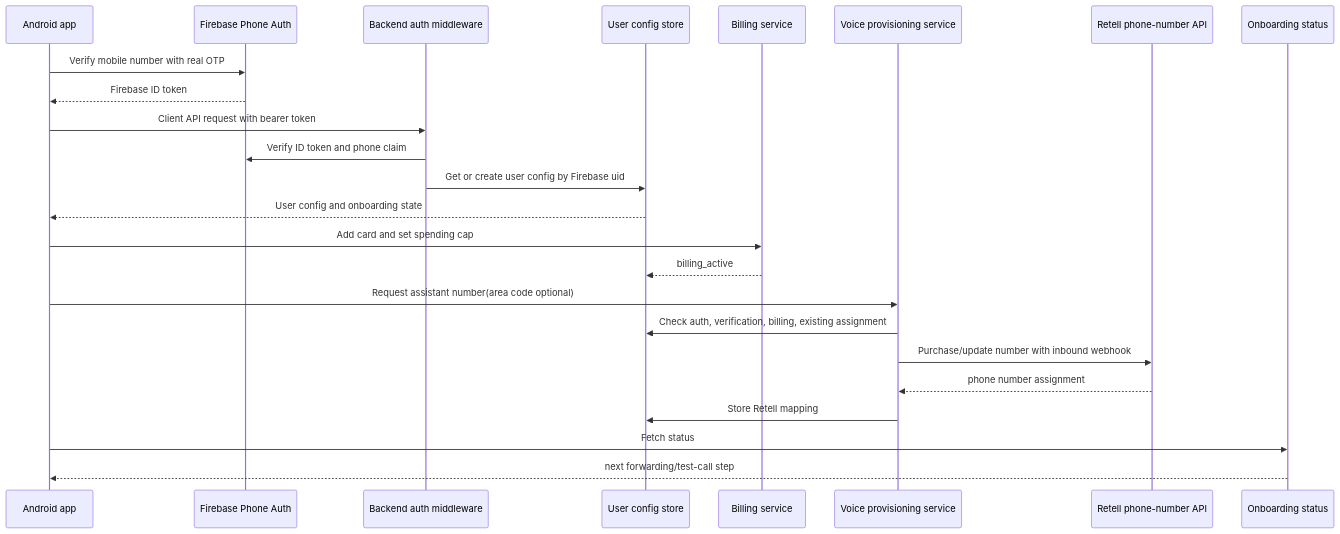
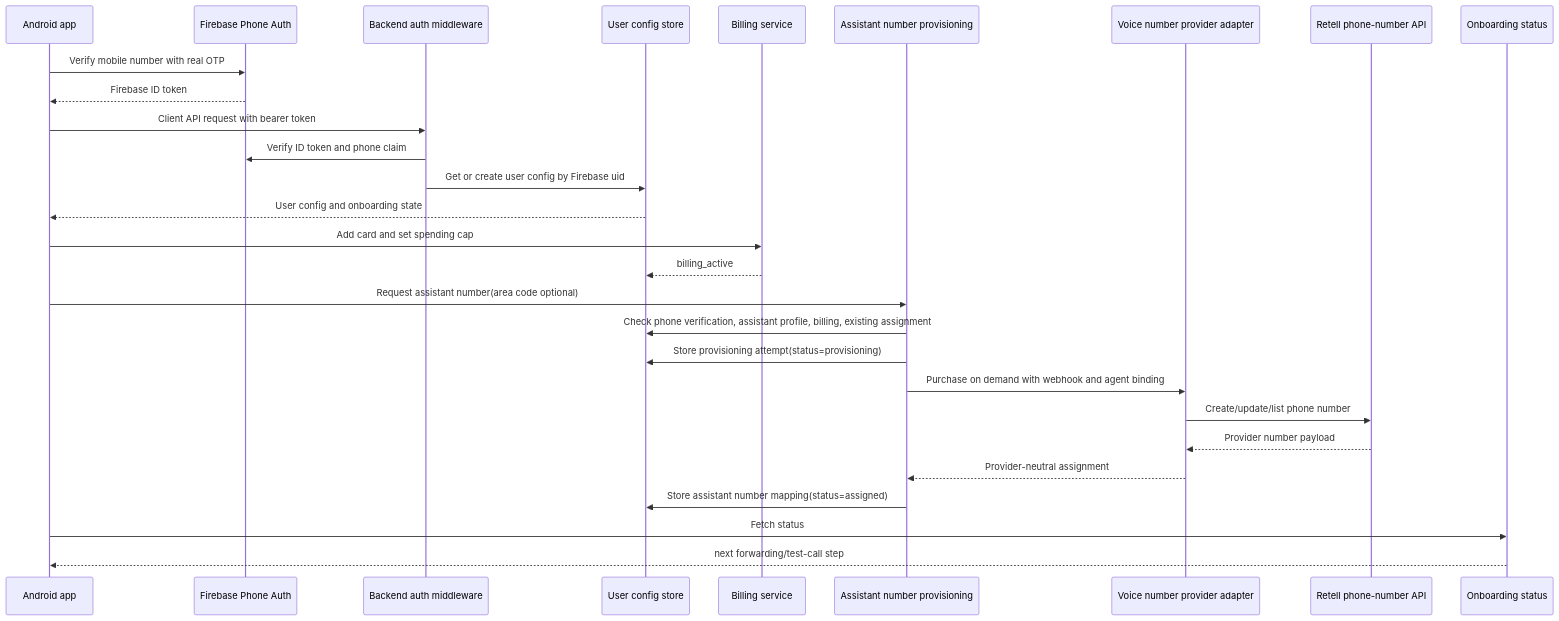
The sixth of 16 diagrams in docs/architecture.md (dflaggvt/phone-agent), drawn with Mermaid before and after one commit. The commit also changed other lines of this file and 34 other files, not shown here.

````diff
--- a/docs/architecture.md
+++ b/docs/architecture.md
@@ -178,27 +178,31 @@
 ```mermaid
 sequenceDiagram
     participant App as Android app
     participant Firebase as Firebase Phone Auth
     participant Auth as Backend auth middleware
     participant Users as User config store
     participant Billing as Billing service
-    participant Provision as Voice provisioning service
+    participant Provision as Assistant number provisioning
+    participant VoiceNumber as Voice number provider adapter
     participant Retell as Retell phone-number API
     participant Onboarding as Onboarding status
 
     App->>Firebase: Verify mobile number with real OTP
     Firebase-->>App: Firebase ID token
     App->>Auth: Client API request with bearer token
     Auth->>Firebase: Verify ID token and phone claim
     Auth->>Users: Get or create user config by Firebase uid
     Users-->>App: User config and onboarding state
     App->>Billing: Add card and set spending cap
     Billing-->>Users: billing_active
     App->>Provision: Request assistant number(area code optional)
-    Provision->>Users: Check auth, verification, billing, existing assignment
-    Provision->>Retell: Purchase/update number with inbound webhook
-    Retell-->>Provision: phone number assignment
-    Provision->>Users: Store Retell mapping
+    Provision->>Users: Check phone verification, assistant profile, billing, existing assignment
+    Provision->>Users: Store provisioning attempt(status=provisioning)
+    Provision->>VoiceNumber: Purchase on demand with webhook and agent binding
+    VoiceNumber->>Retell: Create/update/list phone number
+    Retell-->>VoiceNumber: Provider number payload
+    VoiceNumber-->>Provision: Provider-neutral assignment
+    Provision->>Users: Store assistant number mapping(status=assigned)
     App->>Onboarding: Fetch status
     Onboarding-->>App: next forwarding/test-call step
 ```
````
